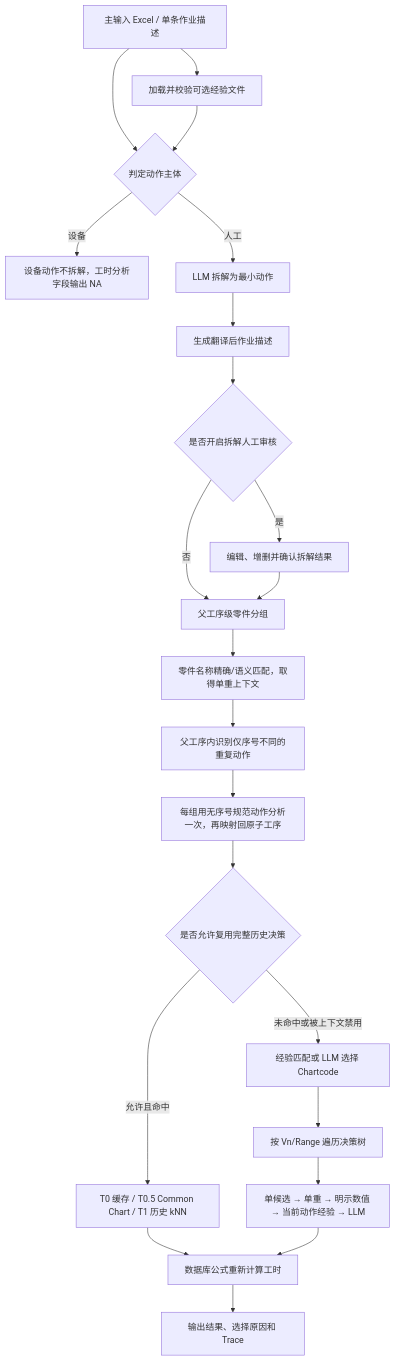
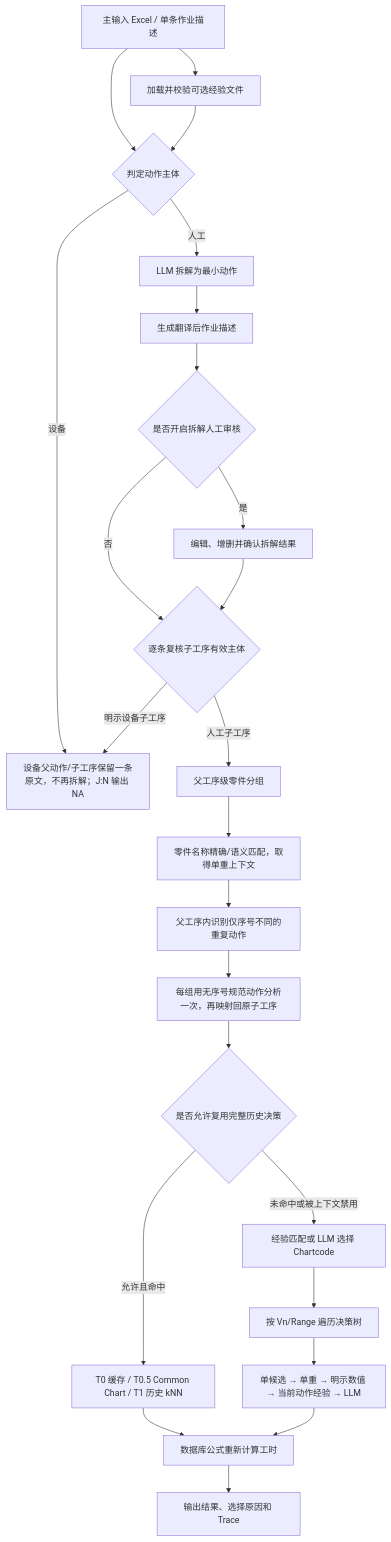
One commit to yswang24/STDS changed the diagram in README.md. Above: the diagram before and after it, drawn with Mermaid. The commit also changed other lines of this file and 8 other files, not shown here.

````diff
--- a/README.md
+++ b/README.md
@@ -76,24 +76,26 @@
 ```mermaid
 flowchart TD
     INPUT["主输入 Excel / 单条作业描述"] --> EXPLOAD["加载并校验可选经验文件"]
     INPUT --> ACTOR{"判定动作主体"}
     EXPLOAD --> ACTOR
-    ACTOR -->|设备| MACHINE["设备动作不拆解，工时分析字段输出 NA"]
+    ACTOR -->|设备| MACHINE["设备父动作/子工序保留一条原文，不再拆解；J:N 输出 NA"]
     ACTOR -->|人工| DECOMPOSE["LLM 拆解为最小动作"]
     DECOMPOSE --> TRANSLATE["生成翻译后作业描述"]
     TRANSLATE --> REVIEW{"是否开启拆解人工审核"}
     REVIEW -->|是| EDIT["编辑、增删并确认拆解结果"]
-    REVIEW -->|否| PARTGROUP["父工序级零件分组"]
-    EDIT --> PARTGROUP
+    REVIEW -->|否| CHILDACTOR{"逐条复核子工序有效主体"}
+    EDIT --> CHILDACTOR
+    CHILDACTOR -->|人工子工序| PARTGROUP["父工序级零件分组"]
+    CHILDACTOR -->|明示设备子工序| MACHINE
     PARTGROUP --> WEIGHT["零件名称精确/语义匹配，取得单重上下文"]
     WEIGHT --> REPEAT["父工序内识别仅序号不同的重复动作"]
     REPEAT --> CHILD["每组用无序号规范动作分析一次，再映射回原子工序"]
     CHILD --> FAST{"是否允许复用完整历史决策"}
     FAST -->|允许且命中| REUSE["T0 缓存 / T0.5 Common Chart / T1 历史 kNN"]
     FAST -->|未命中或被上下文禁用| CHART["经验匹配或 LLM 选择 Chartcode"]
     REUSE --> FORMULA["数据库公式重新计算工时"]
     CHART --> TRAVERSE["按 Vn/Range 遍历决策树"]
     TRAVERSE --> PICK["单候选 → 单重 → 明示数值 → 当前动作经验 → LLM"]
     PICK --> FORMULA
     FORMULA --> OUTPUT["输出结果、选择原因和 Trace"]
 ```
````
